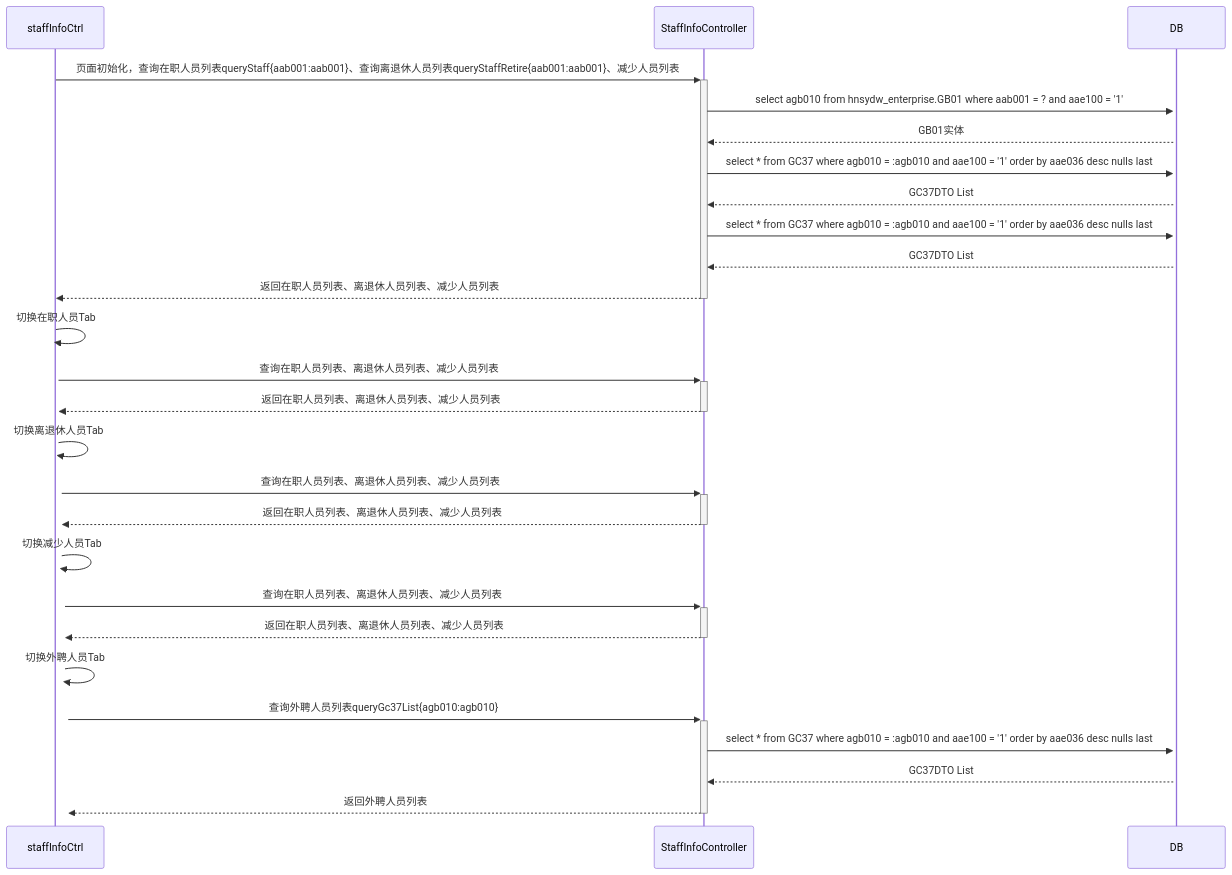
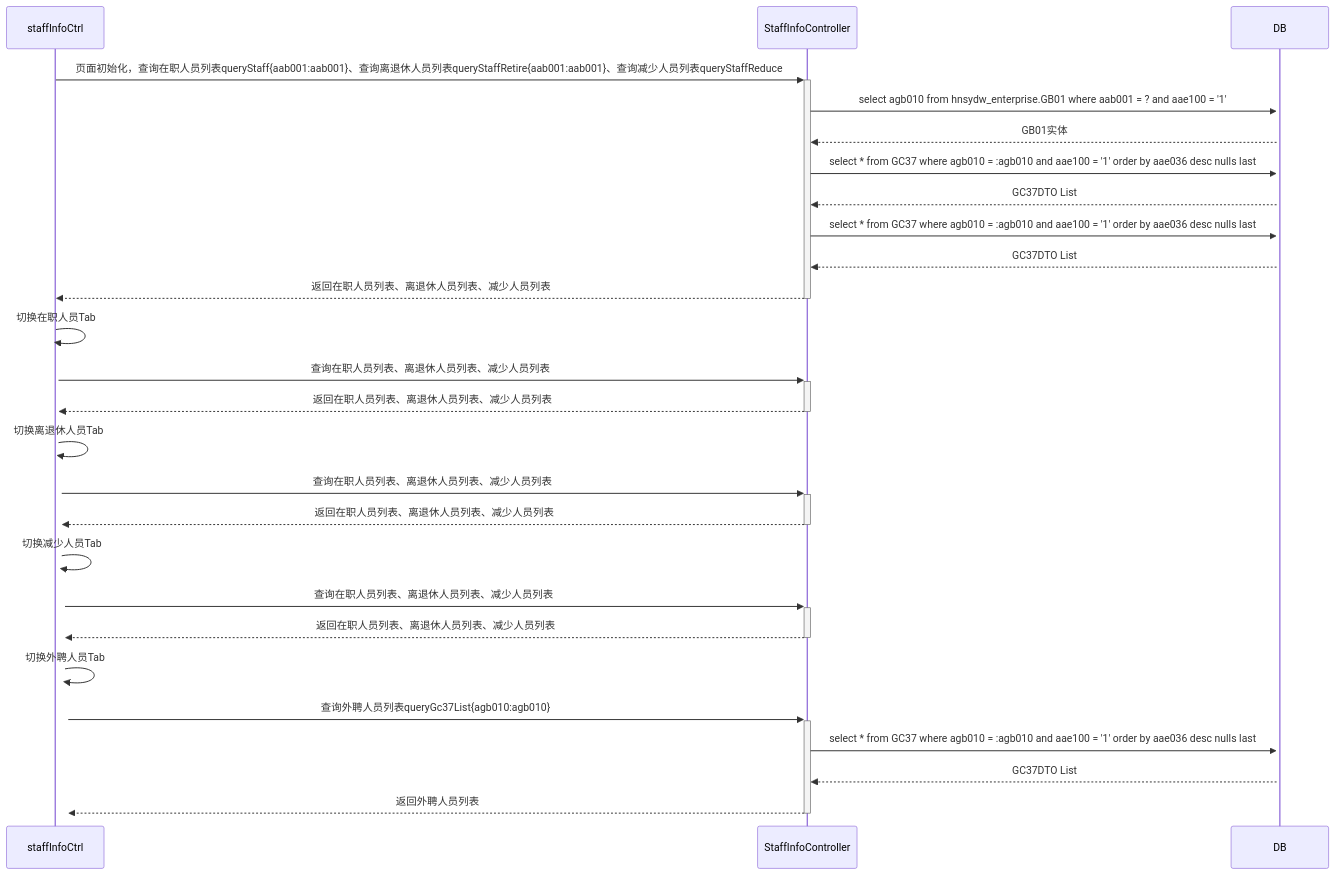
One commit to ZhangJianBeiJing/iodraw-files changed the diagram in all/人员基本信息初始化页面多Tab调用业务流程.md. Above: the diagram before and after it, drawn with Mermaid.

Commit message:
2025-03-25 10:41:17 update

````diff
--- a/all/人员基本信息初始化页面多Tab调用业务流程.md
+++ b/all/人员基本信息初始化页面多Tab调用业务流程.md
@@ -1,25 +1,25 @@
 ```mermaid
 sequenceDiagram
-    staffInfoCtrl->>+StaffInfoController: 页面初始化，查询在职人员列表queryStaff{aab001:aab001}、查询离退休人员列表queryStaffRetire{aab001:aab001}、减少人员列表
+    staffInfoCtrl->>+StaffInfoController: 页面初始化，查询在职人员列表queryStaff{aab001:aab001}、查询离退休人员列表queryStaffRetire{aab001:aab001}、查询减少人员列表queryStaffReduce
     StaffInfoController->>+DB:select agb010 from hnsydw_enterprise.GB01 where aab001 = ? and aae100 = '1'
     DB-->>StaffInfoController:GB01实体
     StaffInfoController->>+DB:select * from GC37 where agb010 = :agb010 and aae100 = '1' order by aae036 desc nulls last
     DB-->>StaffInfoController:GC37DTO List
     StaffInfoController->>+DB:select * from GC37 where agb010 = :agb010 and aae100 = '1' order by aae036 desc nulls last
     DB-->>StaffInfoController:GC37DTO List
     StaffInfoController-->>-staffInfoCtrl:返回在职人员列表、离退休人员列表、减少人员列表
     staffInfoCtrl->>+staffInfoCtrl:切换在职人员Tab
     staffInfoCtrl->>+StaffInfoController:查询在职人员列表、离退休人员列表、减少人员列表
     StaffInfoController-->>-staffInfoCtrl:返回在职人员列表、离退休人员列表、减少人员列表
     staffInfoCtrl->>+staffInfoCtrl:切换离退休人员Tab
     staffInfoCtrl->>+StaffInfoController:查询在职人员列表、离退休人员列表、减少人员列表
     StaffInfoController-->>-staffInfoCtrl:返回在职人员列表、离退休人员列表、减少人员列表
     staffInfoCtrl->>+staffInfoCtrl:切换减少人员Tab
     staffInfoCtrl->>+StaffInfoController:查询在职人员列表、离退休人员列表、减少人员列表
     StaffInfoController-->>-staffInfoCtrl:返回在职人员列表、离退休人员列表、减少人员列表
     staffInfoCtrl->>+staffInfoCtrl:切换外聘人员Tab
     staffInfoCtrl->>+StaffInfoController:查询外聘人员列表queryGc37List{agb010:agb010}
     StaffInfoController->>+DB:select * from GC37 where agb010 = :agb010 and aae100 = '1' order by aae036 desc nulls last
     DB-->>StaffInfoController:GC37DTO List 
     StaffInfoController-->>-staffInfoCtrl:返回外聘人员列表
 ```
````
